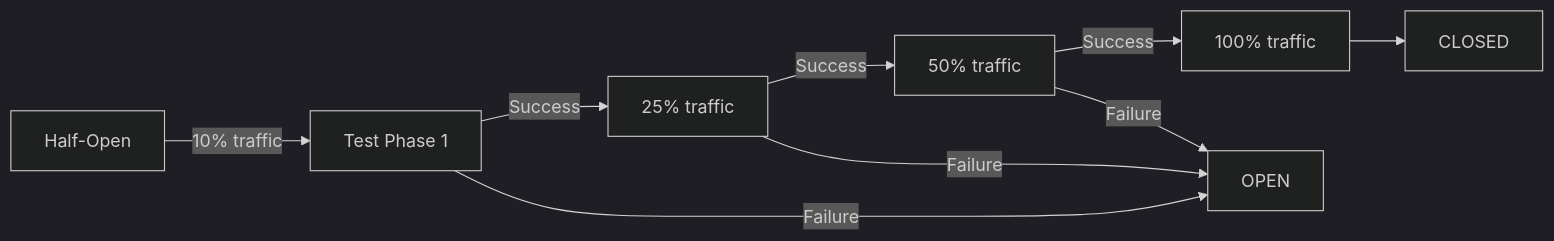
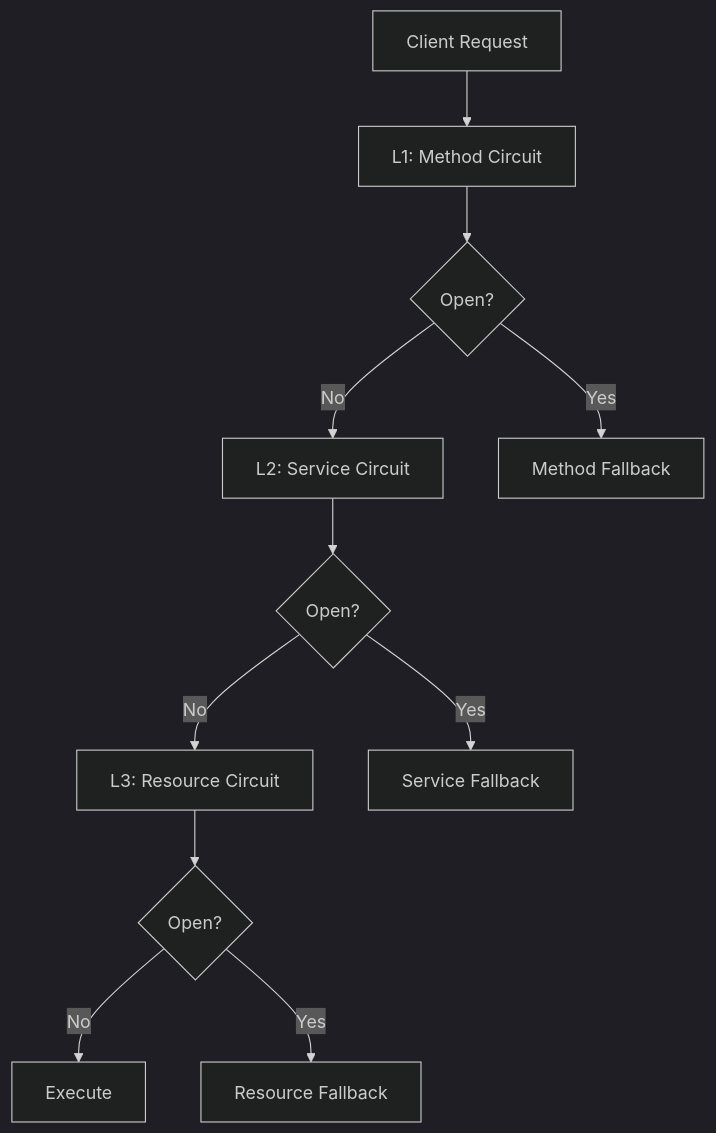
The fifth of 6 diagrams in docs/pattern-library/resilience/circuit-breaker.md (deepaucksharma/DStudio), drawn with Mermaid (dark theme) before and after one commit. The commit also changed other lines of this file and 64 other files, not shown here.

````diff
--- a/docs/pattern-library/resilience/circuit-breaker.md
+++ b/docs/pattern-library/resilience/circuit-breaker.md
@@ -1042,12 +215,13 @@
 ```mermaid
-graph LR
-    HO[Half-Open] -->|10% traffic| T1[Test Phase 1]
-    T1 -->|Success| T2[25% traffic]
-    T2 -->|Success| T3[50% traffic]
-    T3 -->|Success| T4[100% traffic]
-    T4 --> C[CLOSED]
-    
-    T1 -->|Failure| O[OPEN]
-    T2 -->|Failure| O
-    T3 -->|Failure| O
+graph TD
+    A[Client Request] --> B[L1: Method Circuit]
+    B --> C{Open?}
+    C -->|No| D[L2: Service Circuit]
+    C -->|Yes| E[Method Fallback]
+    D --> F{Open?}
+    F -->|No| G[L3: Resource Circuit]
+    F -->|Yes| H[Service Fallback]
+    G --> I{Open?}
+    I -->|No| J[Execute]
+    I -->|Yes| K[Resource Fallback]
 ```
````
